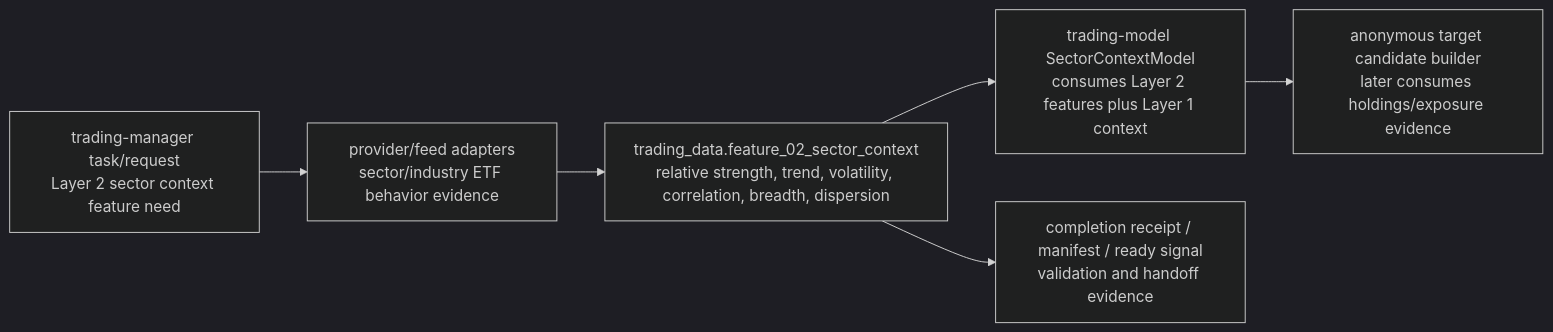
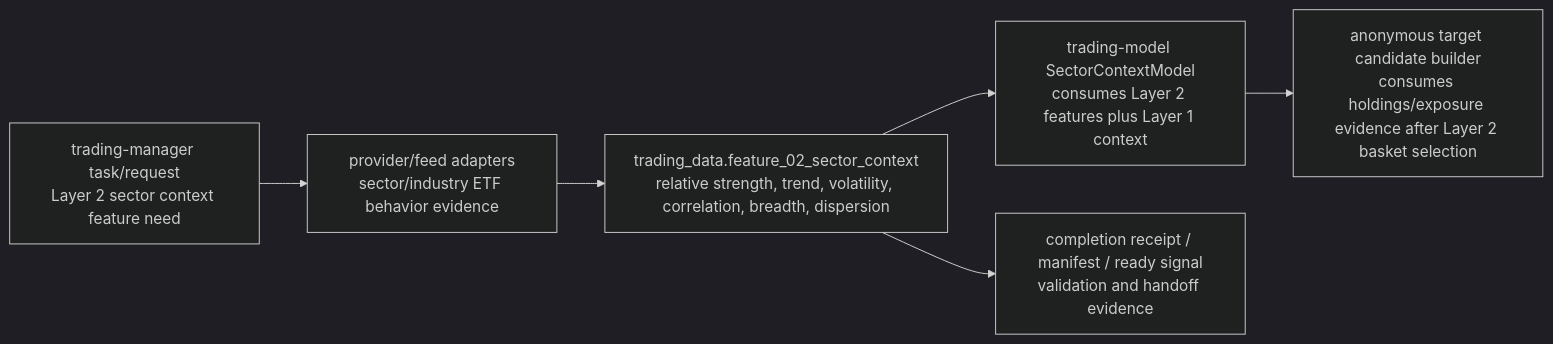
One commit to gilmore307/trading-data changed the diagram in docs/03_layer_02_sector_context.md. Above: the diagram before and after it, drawn with Mermaid (dark theme). The commit also changed other lines of this file and 38 other files, not shown here.

````diff
--- a/docs/03_layer_02_sector_context.md
+++ b/docs/03_layer_02_sector_context.md
@@ -37,12 +37,12 @@
 ```mermaid
 flowchart LR
     request["trading-manager task/request<br/>Layer 2 sector context feature need"]
     feeds["provider/feed adapters<br/>sector/industry ETF behavior evidence"]
     feature["trading_data.feature_02_sector_context<br/>relative strength, trend, volatility, correlation, breadth, dispersion"]
     model["trading-model SectorContextModel<br/>consumes Layer 2 features plus Layer 1 context"]
-    downstream["anonymous target candidate builder<br/>later consumes holdings/exposure evidence"]
+    downstream["anonymous target candidate builder<br/>consumes holdings/exposure evidence after Layer 2 basket selection"]
     receipt["completion receipt / manifest / ready signal<br/>validation and handoff evidence"]
 
     request --> feeds --> feature --> model --> downstream
     feature --> receipt
 ```
````
